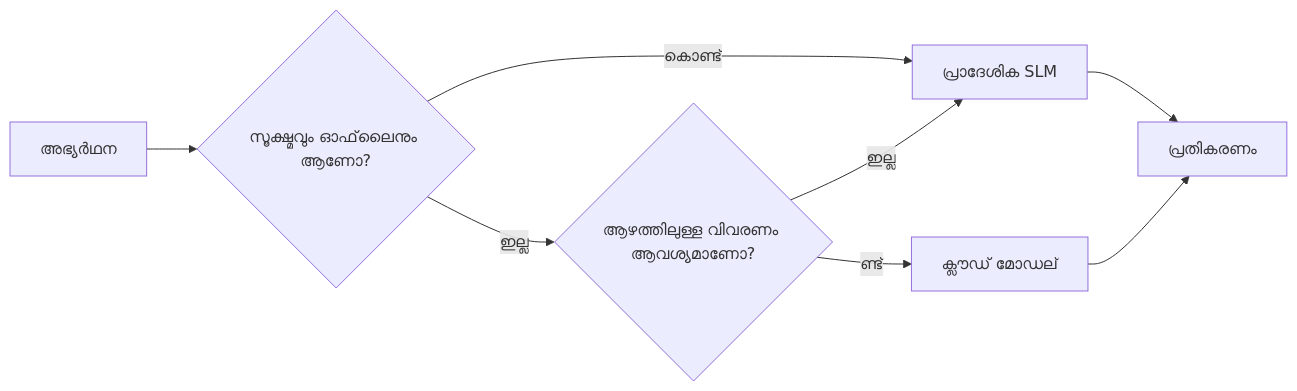
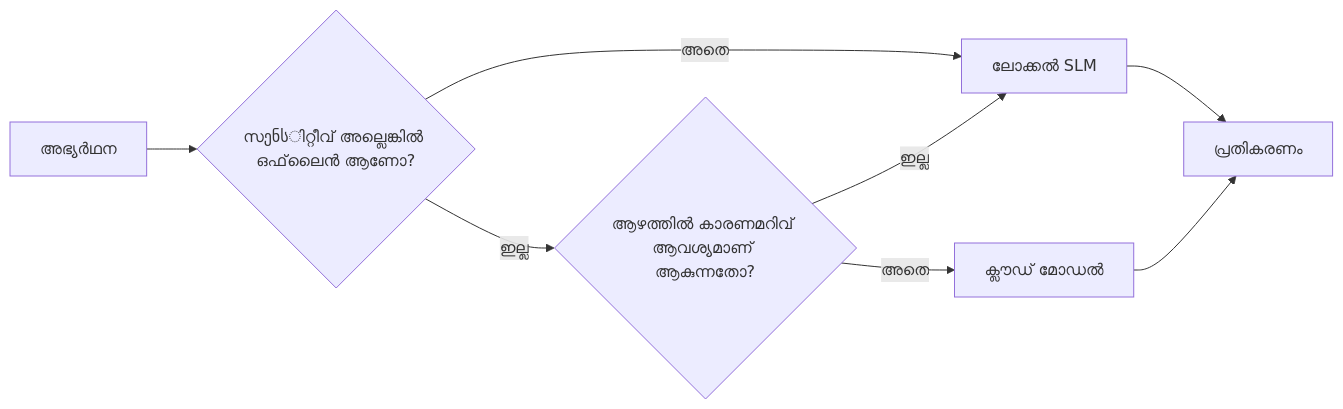
Before and after one commit to gabrielmoreira/agent-skills-mirror: the fourth of 4 diagrams in mirrors/repos/microsoft@ai-agents-for-beginners/translations/ml/17-creating-local-ai-agents/README.md, drawn with Mermaid. The commit also changed other lines of this file and 4262 other files, not shown here.

````diff
--- a/mirrors/repos/microsoft@ai-agents-for-beginners/translations/ml/17-creating-local-ai-agents/README.md
+++ b/mirrors/repos/microsoft@ai-agents-for-beginners/translations/ml/17-creating-local-ai-agents/README.md
@@ -156,10 +156,10 @@
 ```mermaid
 flowchart LR
-    Q[അഭ്യര്‍ഥന] --> S{സൂക്ഷ്മവും ഓഫ്‌ലൈനും ആണോ?}
-    S -->|കൊണ്ട്| L[പ്രാദേശിക SLM]
-    S -->|ഇല്ല| C{ആഴത്തിലുള്ള വിവരണം ആവശ്യമാണോ?}
+    Q[അഭ്യർഥന] --> S{സენსിറ്റീവ് അല്ലെങ്കിൽ ഒഫ്‌ലൈൻ ആണോ?}
+    S -->|അതെ| L[ലോക്കൽ SLM]
+    S -->|ഇല്ല| C{ആഴത്തിൽ കാരണമറിവ് ആവശ്യമാണ് ആകുന്നതോ?}
     C -->|ഇല്ല| L
-    C -->|ണ്ട്| Cloud[ക്ലൗഡ് മോഡല്]
+    C -->|അതെ| Cloud[ക്ലൗഡ് മോഡൽ]
     L --> Out[പ്രതികരണം]
     Cloud --> Out
 ```
````
